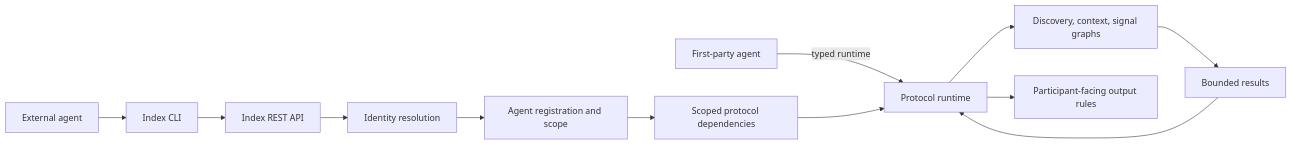
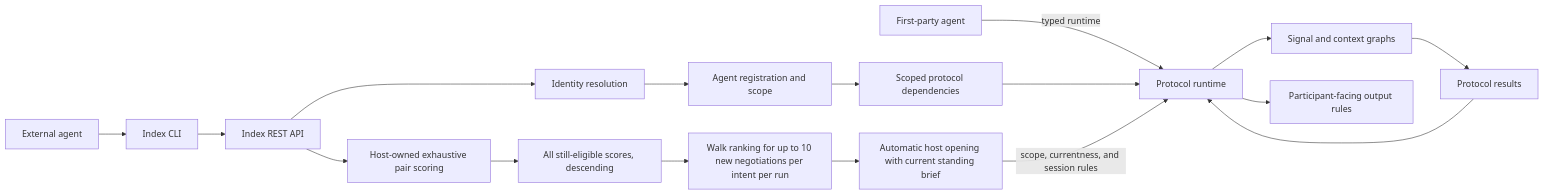
One commit to indexnetwork/index changed the sixth of 6 diagrams in packages/protocol/README.md. Above: the diagram before and after it, drawn with Mermaid. The commit also changed other lines of this file and 59 other files, not shown here.

First line of the commit message:
feat(discovery)!: score intent pairs and open the ten best matches

````diff
--- a/packages/protocol/README.md
+++ b/packages/protocol/README.md
@@ -391,16 +412,21 @@
 ```mermaid
 flowchart LR
     ExternalAgent[External agent] --> CLI[Index CLI]
     CLI --> HTTP[Index REST API]
     FirstPartyAgent[First-party agent] -->|typed runtime| Runtime[Protocol runtime]
 
     HTTP --> Identity[Identity resolution]
     Identity --> AgentGate[Agent registration and scope]
     AgentGate --> ScopedDeps[Scoped protocol dependencies]
     ScopedDeps --> Runtime
 
-    Runtime --> Graphs[Discovery, context, signal graphs]
-    Graphs --> Results[Bounded results]
+    HTTP --> Discovery[Host-owned exhaustive pair scoring]
+    Discovery --> Candidates[All still-eligible scores, descending]
+    Candidates --> Budget[Walk ranking for up to 10 new negotiations per intent per run]
+    Budget --> Opening[Automatic host opening with current standing brief]
+    Opening -->|scope, currentness, and session rules| Runtime
+    Runtime --> Graphs[Signal and context graphs]
+    Graphs --> Results[Protocol results]
     Results --> Runtime
     Runtime --> ParticipantOutput[Participant-facing output rules]
 ```
````
